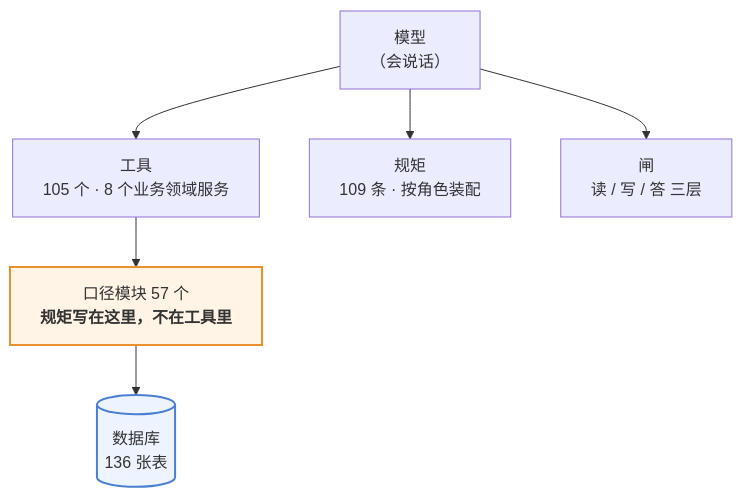
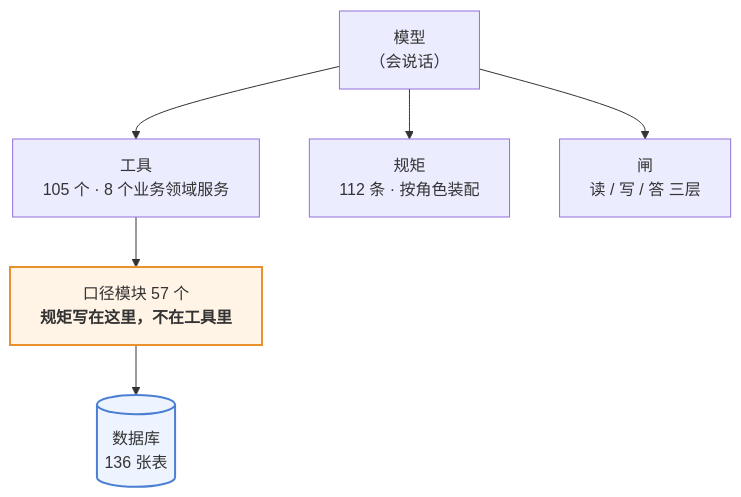
The first of 3 diagrams in 澜绣云裳agent-产品说明.md (843773296-rgb/lanxiu-yunshang-agent), drawn with Mermaid before and after one commit. The commit also changed other lines of this file and 7 other files, not shown here.

````diff
--- a/澜绣云裳agent-产品说明.md
+++ b/澜绣云裳agent-产品说明.md
@@ -62,12 +62,12 @@
 ```mermaid
 flowchart TD
     M["模型<br/>（会说话）"]
     M --> T["工具<br/>105 个 · 8 个业务领域服务"]
-    M --> R["规矩<br/>109 条 · 按角色装配"]
+    M --> R["规矩<br/>112 条 · 按角色装配"]
     M --> G["闸<br/>读 / 写 / 答 三层"]
     T --> K["口径模块 57 个<br/><b>规矩写在这里，不在工具里</b>"]
     K --> DB[("数据库<br/>136 张表")]
 
     style K fill:#fff4e6,stroke:#e8912d,stroke-width:2px
     style DB fill:#eef4ff,stroke:#4a7fd4,stroke-width:2px
 ```
````
